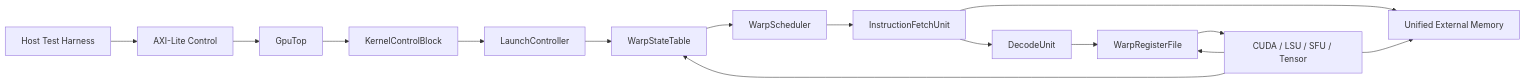
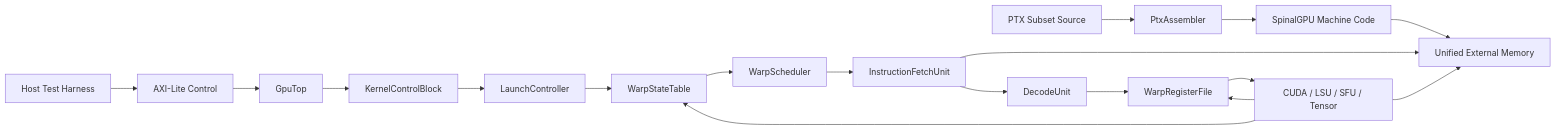
The fourth of 4 diagrams in docs/architecture.md (lastweek/SpinalGPU), drawn with Mermaid before and after one commit. The commit also changed other lines of this file and 37 other files, not shown here.

Commit message:
Adopt PTX kernel flow and add register coverage

````diff
--- a/docs/architecture.md
+++ b/docs/architecture.md
@@ -178,23 +205,27 @@
 ```mermaid
 flowchart LR
   HOST[Host Test Harness]
+  PTX[PTX Subset Source]
+  TOOLCHAIN[PtxAssembler]
+  BIN[SpinalGPU Machine Code]
   CSR[AXI-Lite Control]
   GPU[GpuTop]
   KCB[KernelControlBlock]
   LC[LaunchController]
   WST[WarpStateTable]
   SCH[WarpScheduler]
   IFU[InstructionFetchUnit]
   DEC[DecodeUnit]
   RF[WarpRegisterFile]
   EXEC[CUDA / LSU / SFU / Tensor]
   MEM[Unified External Memory]
 
+  PTX --> TOOLCHAIN --> BIN --> MEM
   HOST --> CSR --> GPU
   GPU --> KCB --> LC --> WST
   WST --> SCH --> IFU --> DEC --> RF --> EXEC
   IFU --> MEM
   EXEC --> MEM
   EXEC --> RF
   EXEC --> WST
 ```
````
